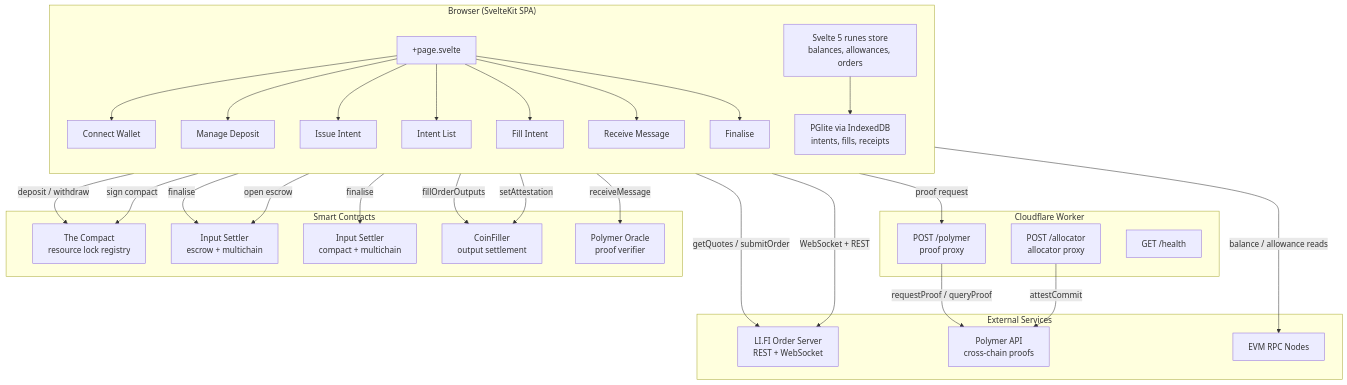
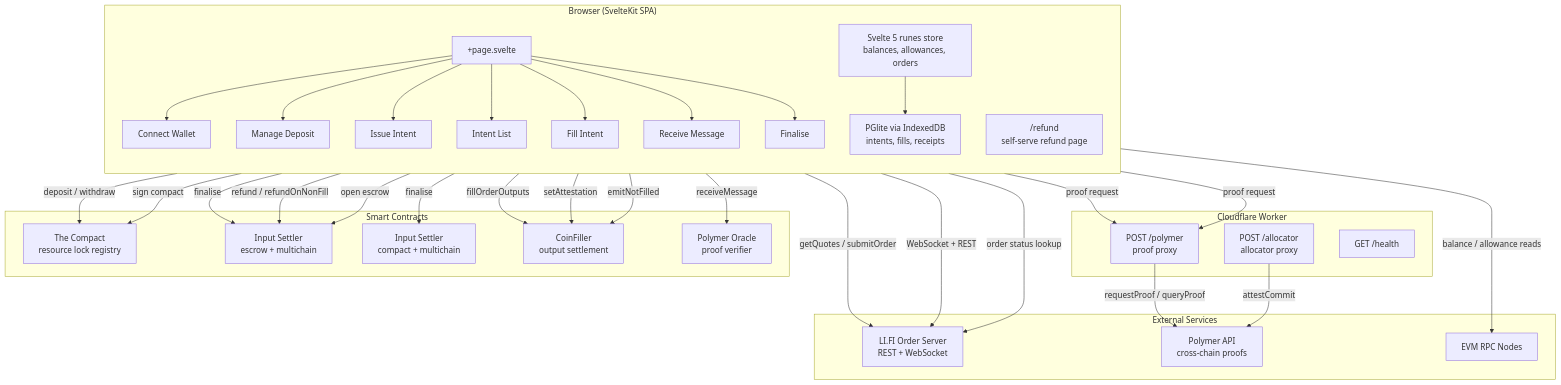
One commit to lifinance/lintent changed the diagram in README.md. Above: the diagram before and after it, drawn with Mermaid. The commit also changed other lines of this file and 37 other files, not shown here.

Commit message:
Add self-serve refund page

````diff
--- a/README.md
+++ b/README.md
@@ -9,55 +9,60 @@
 ```mermaid
 flowchart TD
     subgraph Browser["Browser (SvelteKit SPA)"]
         direction TB
         Page["+page.svelte"]
         S0["Connect Wallet"]
         S1["Manage Deposit"]
         S2["Issue Intent"]
         S3["Intent List"]
         S4["Fill Intent"]
         S5["Receive Message"]
         S6["Finalise"]
+        R["/refund\nself-serve refund page"]
 
         Store["Svelte 5 runes store\nbalances, allowances, orders"]
         DB["PGlite via IndexedDB\nintents, fills, receipts"]
 
         Page --> S0 & S1 & S2 & S3 & S4 & S5 & S6
         Store --> DB
     end
 
     subgraph Worker["Cloudflare Worker"]
         API_P["POST /polymer\nproof proxy"]
         API_A["POST /allocator\nallocator proxy"]
         API_H["GET /health"]
     end
 
     subgraph External["External Services"]
         OS["LI.FI Order Server\nREST + WebSocket"]
         POL["Polymer API\ncross-chain proofs"]
         RPC["EVM RPC Nodes"]
     end
 
     subgraph Contracts["Smart Contracts"]
         COMPACT["The Compact\nresource lock registry"]
         ESC["Input Settler\nescrow + multichain"]
         CSETT["Input Settler\ncompact + multichain"]
         CF["CoinFiller\noutput settlement"]
         PORACLE["Polymer Oracle\nproof verifier"]
     end
 
     S2 -->|"getQuotes / submitOrder"| OS
     S3 -->|"WebSocket + REST"| OS
     S4 -->|"fillOrderOutputs"| CF
     S5 -->|"proof request"| API_P
     S5 -->|"receiveMessage"| PORACLE
     S5 -->|"setAttestation"| CF
     S6 -->|"finalise"| ESC
+    R -->|"order status lookup"| OS
+    R -->|"proof request"| API_P
+    R -->|"refund / refundOnNonFill"| ESC
+    R -->|"emitNotFilled"| CF
     S6 -->|"finalise"| CSETT
     S1 -->|"deposit / withdraw"| COMPACT
     S2 -->|"open escrow"| ESC
     S2 -->|"sign compact"| COMPACT
     API_P -->|"requestProof / queryProof"| POL
     API_A -->|"attestCommit"| POL
     Store -->|"balance / allowance reads"| RPC
 ```
````
